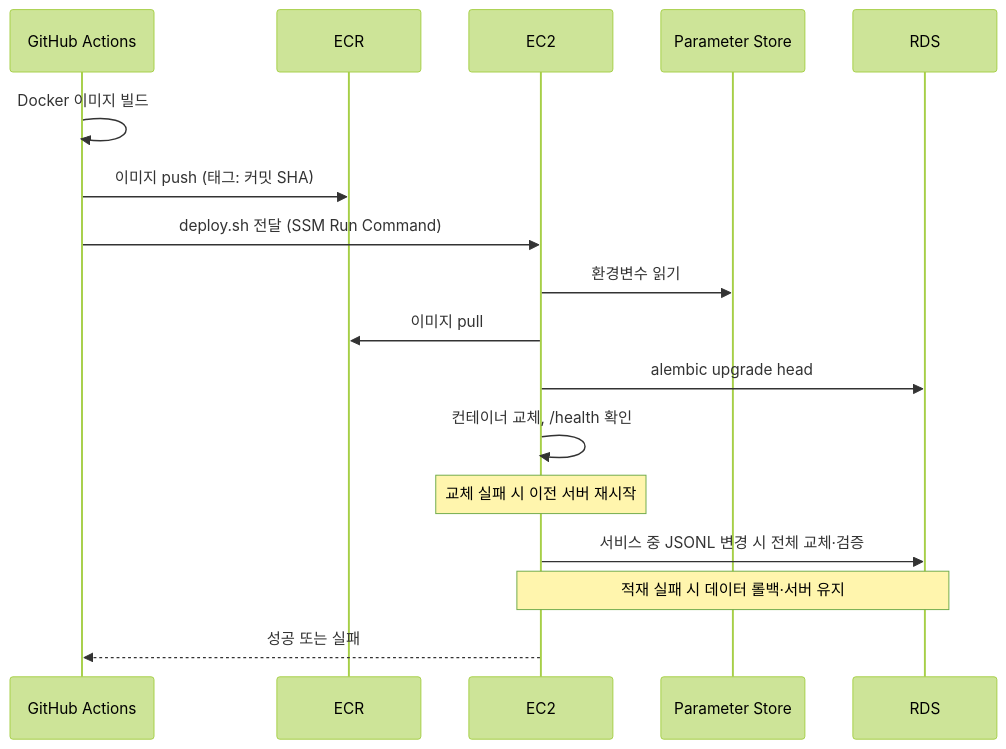
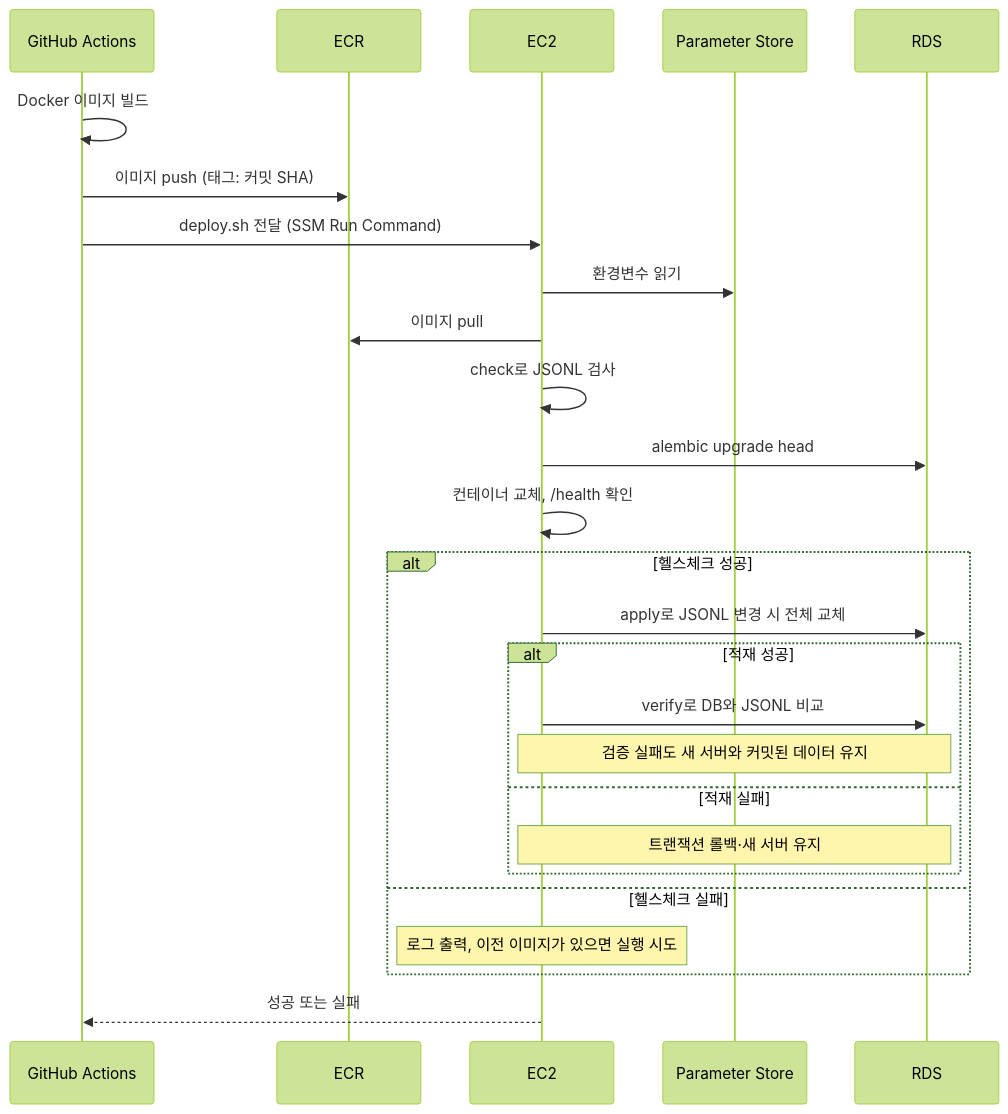
Before and after one commit to snuhcs-course/swpp-2026-project-team-08: the second of 2 diagrams in server/docs/deploy.md, drawn with Mermaid (forest theme). The commit also changed other lines of this file and 11 other files, not shown here.

````diff
--- a/server/docs/deploy.md
+++ b/server/docs/deploy.md
@@ -98,20 +101,29 @@
 ```mermaid
 sequenceDiagram
   participant GH as GitHub Actions
   participant ECR
   participant EC2
   participant PS as Parameter Store
   participant DB as RDS
 
   GH->>GH: Docker 이미지 빌드
   GH->>ECR: 이미지 push (태그: 커밋 SHA)
   GH->>EC2: deploy.sh 전달 (SSM Run Command)
   EC2->>PS: 환경변수 읽기
   EC2->>ECR: 이미지 pull
+  EC2->>EC2: check로 JSONL 검사
   EC2->>DB: alembic upgrade head
   EC2->>EC2: 컨테이너 교체, /health 확인
-  Note over EC2: 교체 실패 시 이전 서버 재시작
-  EC2->>DB: 서비스 중 JSONL 변경 시 전체 교체·검증
-  Note over EC2,DB: 적재 실패 시 데이터 롤백·서버 유지
+  alt 헬스체크 성공
+    EC2->>DB: apply로 JSONL 변경 시 전체 교체
+    alt 적재 성공
+      EC2->>DB: verify로 DB와 JSONL 비교
+      Note over EC2,DB: 검증 실패도 새 서버와 커밋된 데이터 유지
+    else 적재 실패
+      Note over EC2,DB: 트랜잭션 롤백·새 서버 유지
+    end
+  else 헬스체크 실패
+    Note over EC2: 로그 출력, 이전 이미지가 있으면 실행 시도
+  end
   EC2-->>GH: 성공 또는 실패
 ```
````
